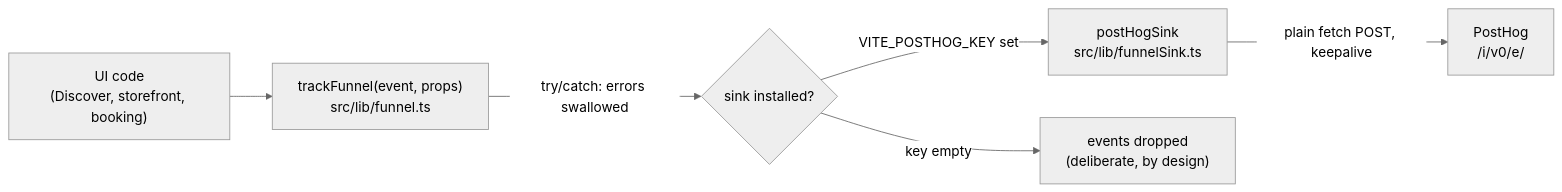
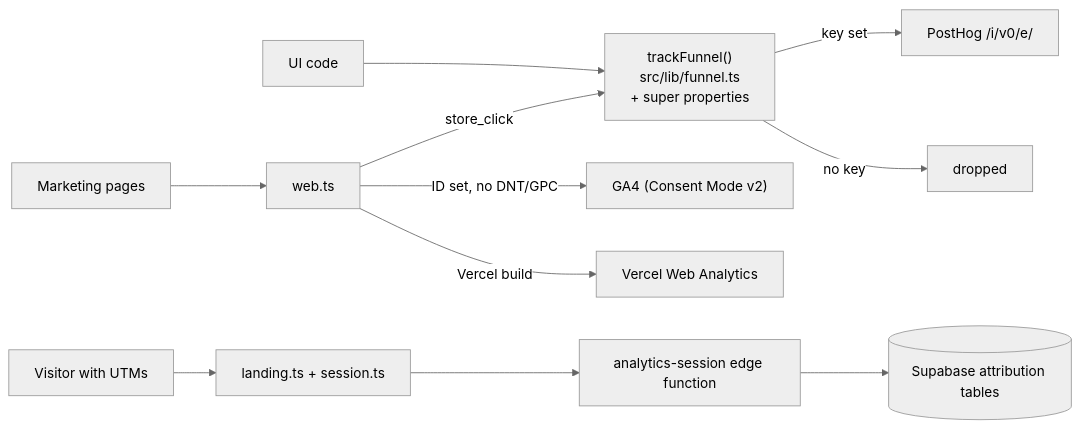
The diagram in docs/ANALYTICS.md (TaylorONeal/tandava), drawn with Mermaid (neutral theme) before and after one commit. The commit also changed other lines of this file and 19 other files, not shown here.

First line of the commit message:
Analytics gate: shared event taxonomy, GA4 on marketing pages, Vercel Web Analytics, store campaign links (#120)

````diff
--- a/docs/ANALYTICS.md
+++ b/docs/ANALYTICS.md
@@ -41,8 +132,11 @@
 ```mermaid
 graph LR
-    UI["UI code<br/>(Discover, storefront, booking)"] --> TF["trackFunnel(event, props)<br/>src/lib/funnel.ts"]
-    TF -->|"try/catch: errors swallowed"| S{"sink installed?"}
-    S -- "VITE_POSTHOG_KEY set" --> PS["postHogSink<br/>src/lib/funnelSink.ts"]
-    PS -->|"plain fetch POST, keepalive"| PH["PostHog<br/>/i/v0/e/"]
-    S -- "key empty" --> DROP["events dropped<br/>(deliberate, by design)"]
+    UI["UI code"] --> TF["trackFunnel()<br/>src/lib/funnel.ts<br/>+ super properties"]
+    TF -->|"key set"| PH["PostHog /i/v0/e/"]
+    TF -->|"no key"| DROP["dropped"]
+    PAGE["Marketing pages"] --> WEB["web.ts"]
+    WEB -->|"ID set, no DNT/GPC"| GA["GA4 (Consent Mode v2)"]
+    WEB -->|"Vercel build"| VA["Vercel Web Analytics"]
+    WEB -->|"store_click"| TF
+    V["Visitor with UTMs"] --> LC["landing.ts + session.ts"] --> AS["analytics-session edge function"] --> DB[("Supabase attribution tables")]
 ```
````
